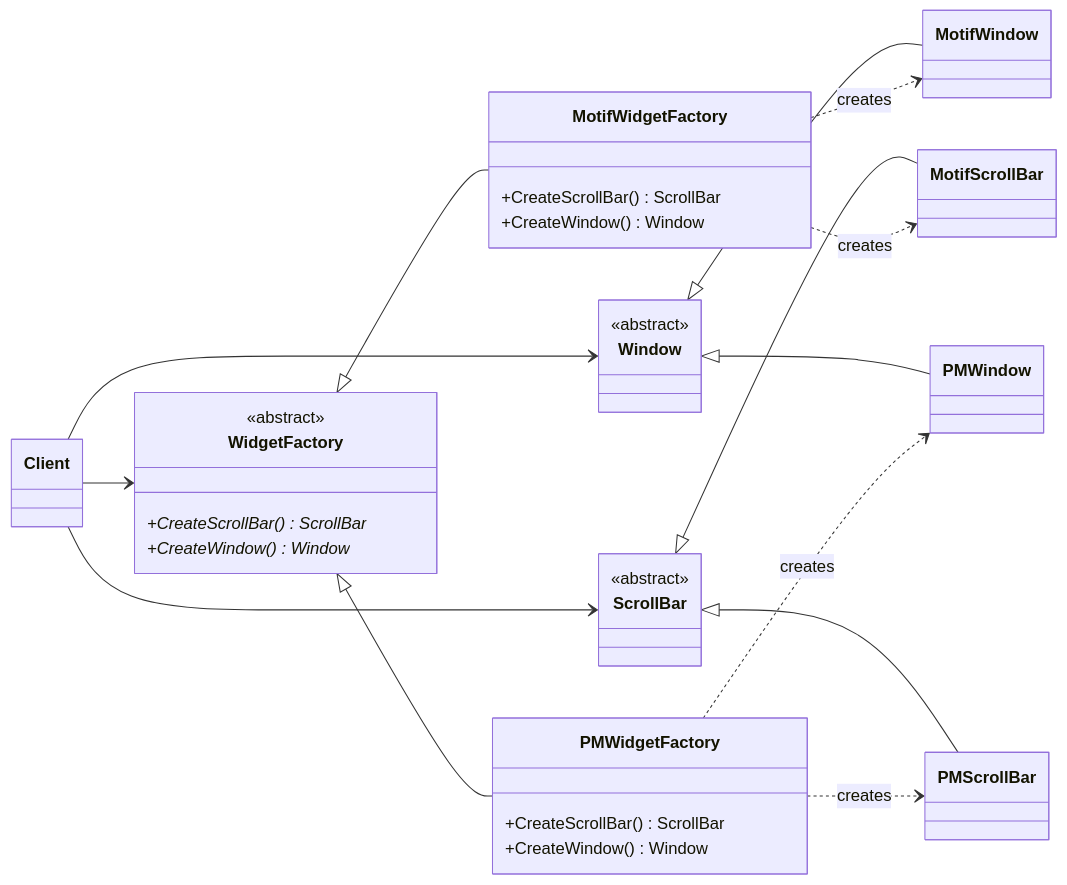
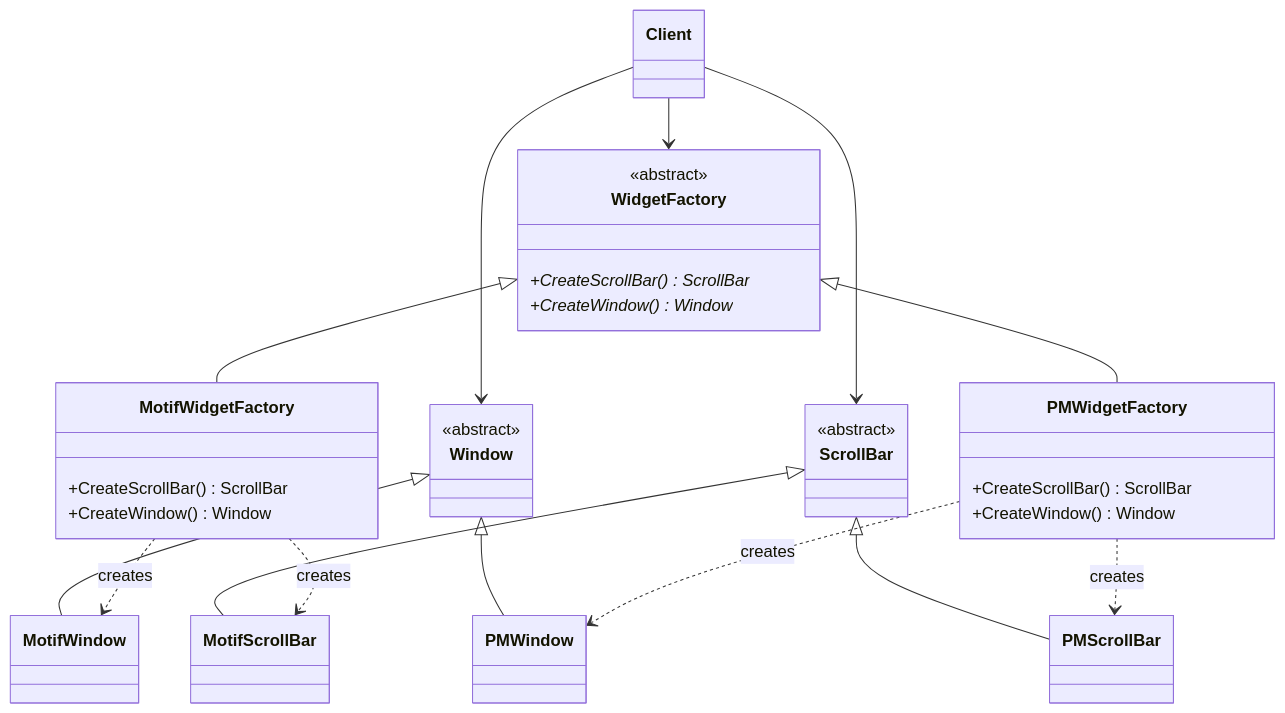
One commit to j-ochmann/DevBook changed the first of 2 diagrams in src/content/design_patterns/creational/abstract_factory.md. Above: the diagram before and after it, drawn with Mermaid. The commit also changed other lines of this file and 34 other files, not shown here.

````diff
--- a/src/content/design_patterns/creational/abstract_factory.md
+++ b/src/content/design_patterns/creational/abstract_factory.md
@@ -27,64 +23,62 @@
 ```mermaid
 classDiagram
-    direction LR
-    look handDrawn
     class WidgetFactory {
         <<abstract>>
         +CreateScrollBar()* ScrollBar
         +CreateWindow()* Window
     }
 
     %% Concrete Factories
     class MotifWidgetFactory {
         +CreateScrollBar() ScrollBar
         +CreateWindow() Window
     }
 
     class PMWidgetFactory {
         +CreateScrollBar() ScrollBar
         +CreateWindow() Window
     }
 
     %% Abstract Products
     class Window {
         <<abstract>>
     }
 
     class ScrollBar {
         <<abstract>>
     }
 
     %% Concrete Products - Motif
     class MotifWindow {
     }
     class MotifScrollBar {
     }
 
     %% Concrete Products - PM
     class PMWindow {
     }
     class PMScrollBar {
     }
 
     %% Relationships
     WidgetFactory <|-- MotifWidgetFactory
     WidgetFactory <|-- PMWidgetFactory
 
     Window <|-- MotifWindow
     Window <|-- PMWindow
 
     ScrollBar <|-- MotifScrollBar
     ScrollBar <|-- PMScrollBar
 
     MotifWidgetFactory ..> MotifWindow : creates
     MotifWidgetFactory ..> MotifScrollBar : creates
     PMWidgetFactory ..> PMWindow : creates
     PMWidgetFactory ..> PMScrollBar : creates
 
     %% Client
     class Client {
     }
     Client --> WidgetFactory
     Client --> Window
     Client --> ScrollBar
 ```
````
